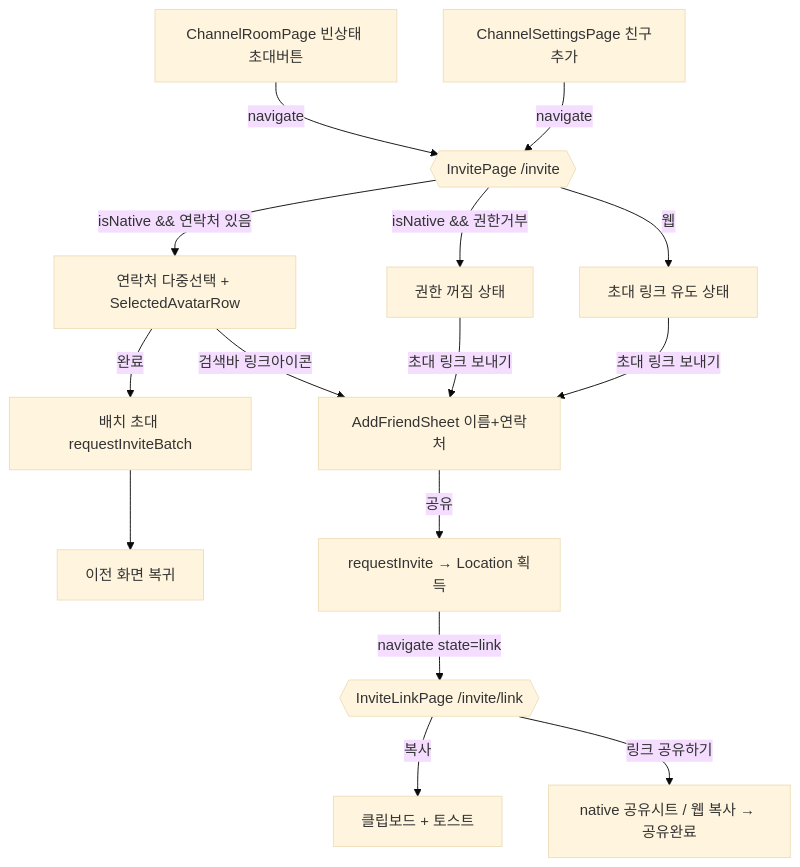
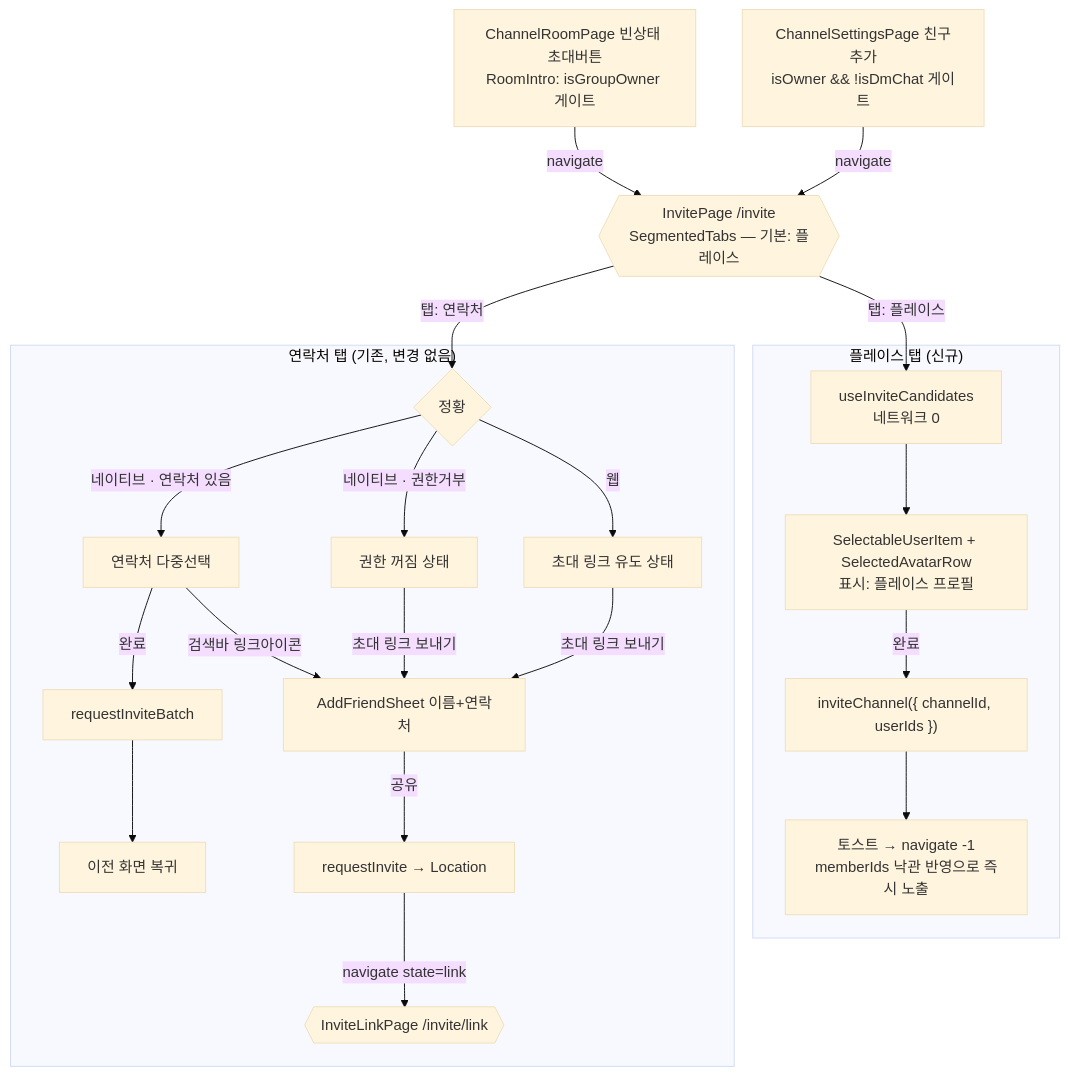
The first of 2 diagrams in apps/web/docs/feature/channels/invite.md (lemoncloud-io/dou-app), drawn with Mermaid (base theme) before and after one commit. The commit also changed other lines of this file and 1 other file, not shown here.

First line of the commit message:
docs(adr,web): record the place-member picker and open the invite doc for it (ADR-0075)

````diff
--- a/apps/web/docs/feature/channels/invite.md
+++ b/apps/web/docs/feature/channels/invite.md
@@ -89,20 +143,30 @@
 ```mermaid
 flowchart TD
-    Room[ChannelRoomPage 빈상태 초대버튼] -->|navigate| Invite
-    Settings[ChannelSettingsPage 친구추가] -->|navigate| Invite
+    Room[ChannelRoomPage 빈상태 초대버튼<br/>RoomIntro: isGroupOwner 게이트] -->|navigate| Invite
+    Settings[ChannelSettingsPage 친구추가<br/>isOwner && !isDmChat 게이트] -->|navigate| Invite
 
-    Invite{{InvitePage /invite}}
-    Invite -->|isNative && 연락처 있음| List[연락처 다중선택 + SelectedAvatarRow]
-    Invite -->|isNative && 권한거부| Denied[권한 꺼짐 상태]
-    Invite -->|웹| WebGuide[초대 링크 유도 상태]
+    Invite{{"InvitePage /invite<br/>SegmentedTabs — 기본: 플레이스"}}
 
-    List -->|완료| Batch[배치 초대 requestInviteBatch] --> Back[이전 화면 복귀]
-    List -->|검색바 링크아이콘| Sheet
-    Denied -->|초대 링크 보내기| Sheet
-    WebGuide -->|초대 링크 보내기| Sheet
+    Invite -->|탭: 플레이스| Cand
+    Invite -->|탭: 연락처| Contacts
 
-    Sheet[AddFriendSheet 이름+연락처] -->|공유| Req[requestInvite → Location 획득]
-    Req -->|navigate state=link| LinkPage{{InviteLinkPage /invite/link}}
-    LinkPage -->|복사| Copy[클립보드 + 토스트]
-    LinkPage -->|링크 공유하기| Share[native 공유시트 / 웹 복사 → 공유완료]
+    subgraph P["플레이스 탭 (신규)"]
+        Cand[useInviteCandidates<br/>네트워크 0]
+        Cand --> Pick[SelectableUserItem + SelectedAvatarRow<br/>표시: 플레이스 프로필]
+        Pick -->|완료| Inv["inviteChannel({ channelId, userIds })"]
+        Inv --> Back1[토스트 → navigate -1<br/>memberIds 낙관 반영으로 즉시 노출]
+    end
+
+    subgraph C["연락처 탭 (기존, 변경 없음)"]
+        Contacts{정황}
+        Contacts -->|네이티브 · 연락처 있음| List[연락처 다중선택]
+        Contacts -->|네이티브 · 권한거부| Denied[권한 꺼짐 상태]
+        Contacts -->|웹| WebGuide[초대 링크 유도 상태]
+        List -->|완료| Batch[requestInviteBatch] --> Back2[이전 화면 복귀]
+        List -->|검색바 링크아이콘| Sheet
+        Denied -->|초대 링크 보내기| Sheet
+        WebGuide -->|초대 링크 보내기| Sheet
+        Sheet[AddFriendSheet 이름+연락처] -->|공유| Req[requestInvite → Location]
+        Req -->|navigate state=link| LinkPage{{InviteLinkPage /invite/link}}
+    end
 ```
````
